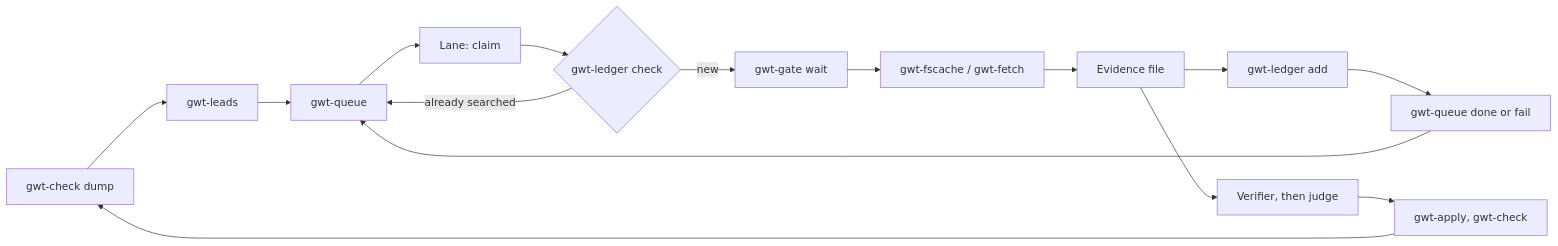
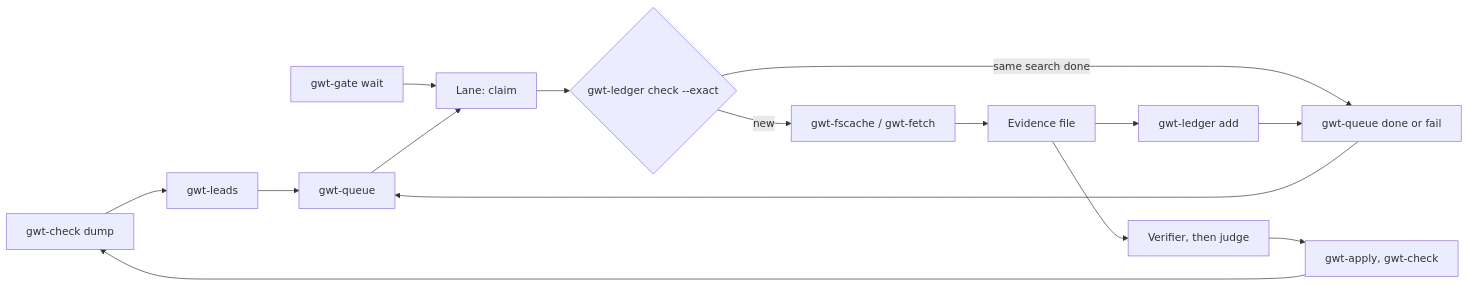
Before and after one commit to GeiserX/gramps-web-toolkit: the diagram in docs/agent-loop.md, drawn with Mermaid. The commit also changed other lines of this file and 1 other file, not shown here.

Commit message:
docs(agent-loop): gate before claim, exact ledger reuse and seeds that cannot fail silently

````diff
--- a/docs/agent-loop.md
+++ b/docs/agent-loop.md
@@ -5,17 +5,17 @@
 ```mermaid
 flowchart LR
     D[gwt-check dump] --> LD[gwt-leads]
     LD --> Q[gwt-queue]
-    Q --> L[Lane: claim]
-    L --> LG{gwt-ledger check}
-    LG -- already searched --> Q
-    LG -- new --> G[gwt-gate wait]
-    G --> F[gwt-fscache / gwt-fetch]
+    G[gwt-gate wait] --> L[Lane: claim]
+    Q --> L
+    L --> LG{gwt-ledger check --exact}
+    LG -- same search done --> QD
+    LG -- new --> F[gwt-fscache / gwt-fetch]
     F --> E[Evidence file]
     E --> LA[gwt-ledger add]
     LA --> QD[gwt-queue done or fail]
     QD --> Q
     E --> V[Verifier, then judge]
     V --> A[gwt-apply, gwt-check]
     A --> D
 ```
````
